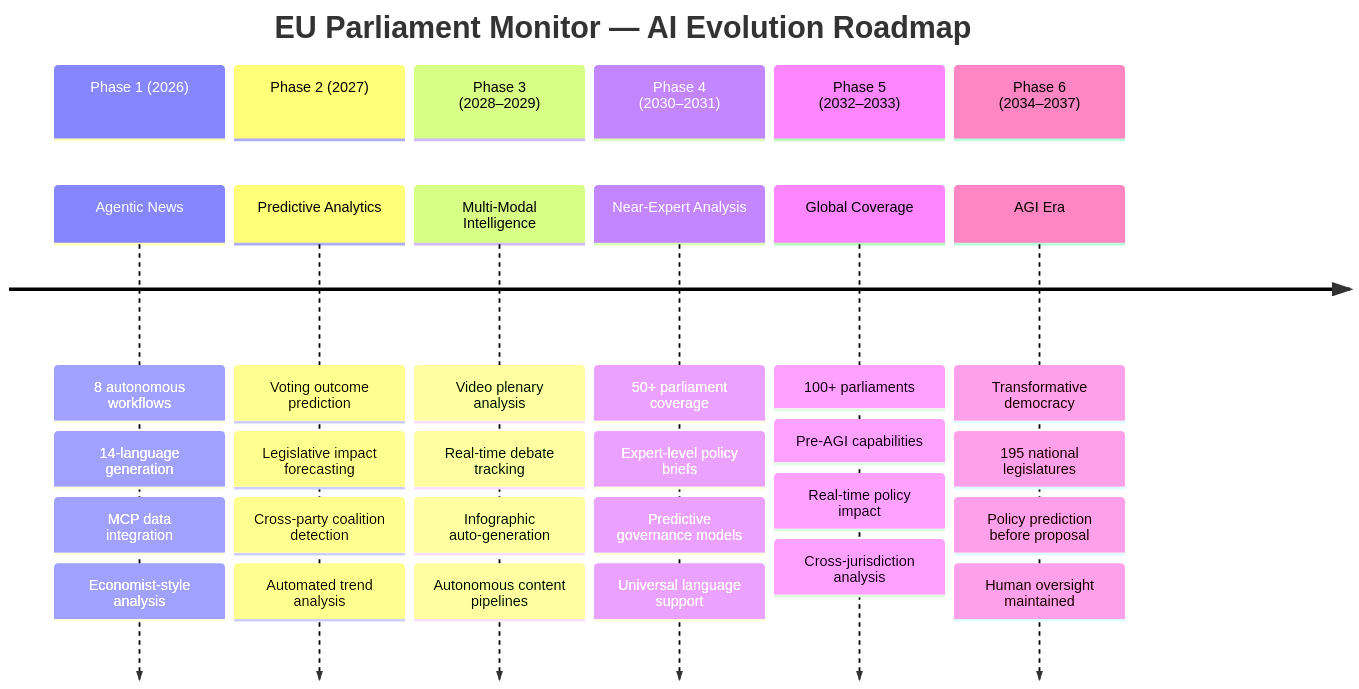
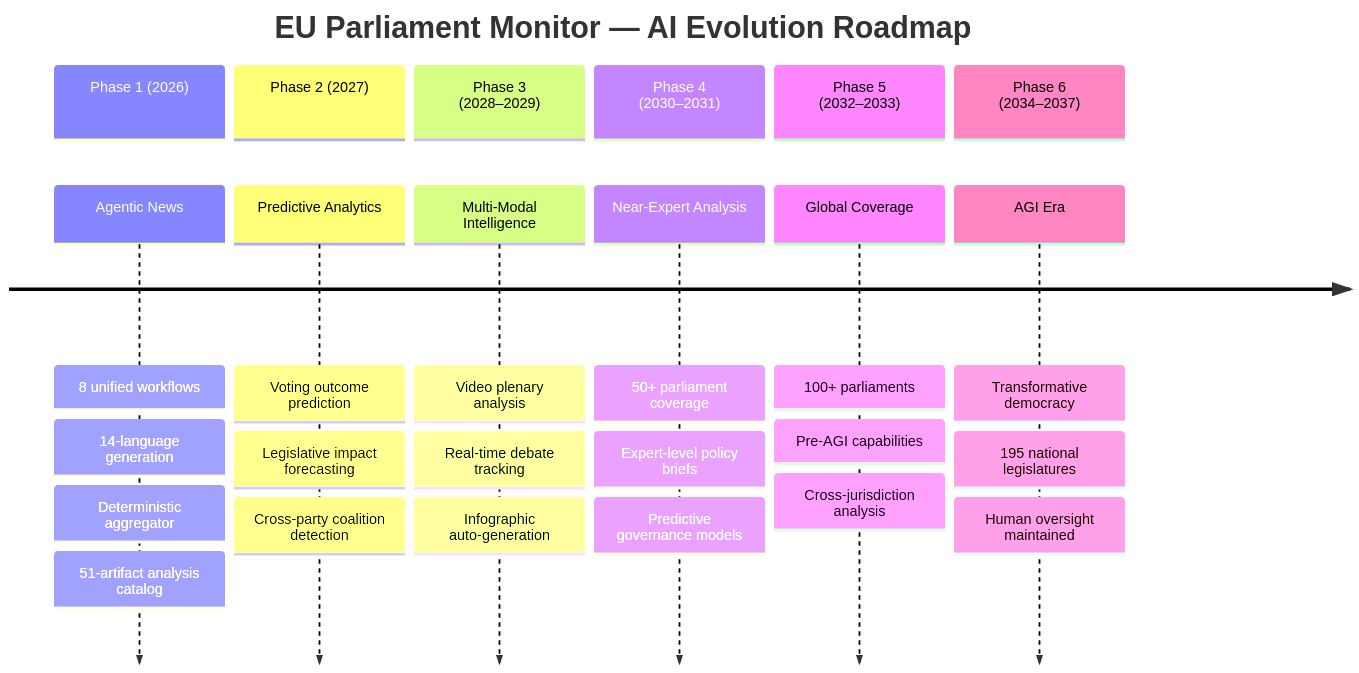
One commit to Hack23/euparliamentmonitor changed the second of 2 diagrams in README.md. Above: the diagram before and after it, drawn with Mermaid. The commit also changed other lines of this file, not shown here.

First line of the commit message:
Rewrite README with focus on political intelligence, transparency, democracy and AI-generated news

````diff
--- a/README.md
+++ b/README.md
@@ -1117,34 +379,29 @@
 ```mermaid
 timeline
     title EU Parliament Monitor — AI Evolution Roadmap
     section Phase 1 (2026)
-        Agentic News : 8 autonomous workflows
+        Agentic News : 8 unified workflows
                      : 14-language generation
-                     : MCP data integration
-                     : Economist-style analysis
+                     : Deterministic aggregator
+                     : 51-artifact analysis catalog
     section Phase 2 (2027)
         Predictive Analytics : Voting outcome prediction
                              : Legislative impact forecasting
                              : Cross-party coalition detection
-                             : Automated trend analysis
     section Phase 3 (2028–2029)
         Multi-Modal Intelligence : Video plenary analysis
                                  : Real-time debate tracking
                                  : Infographic auto-generation
-                                 : Autonomous content pipelines
     section Phase 4 (2030–2031)
         Near-Expert Analysis : 50+ parliament coverage
                              : Expert-level policy briefs
                              : Predictive governance models
-                             : Universal language support
     section Phase 5 (2032–2033)
         Global Coverage : 100+ parliaments
                         : Pre-AGI capabilities
-                        : Real-time policy impact
                         : Cross-jurisdiction analysis
     section Phase 6 (2034–2037)
         AGI Era : Transformative democracy
                : 195 national legislatures
-               : Policy prediction before proposal
                : Human oversight maintained
 ```
````
